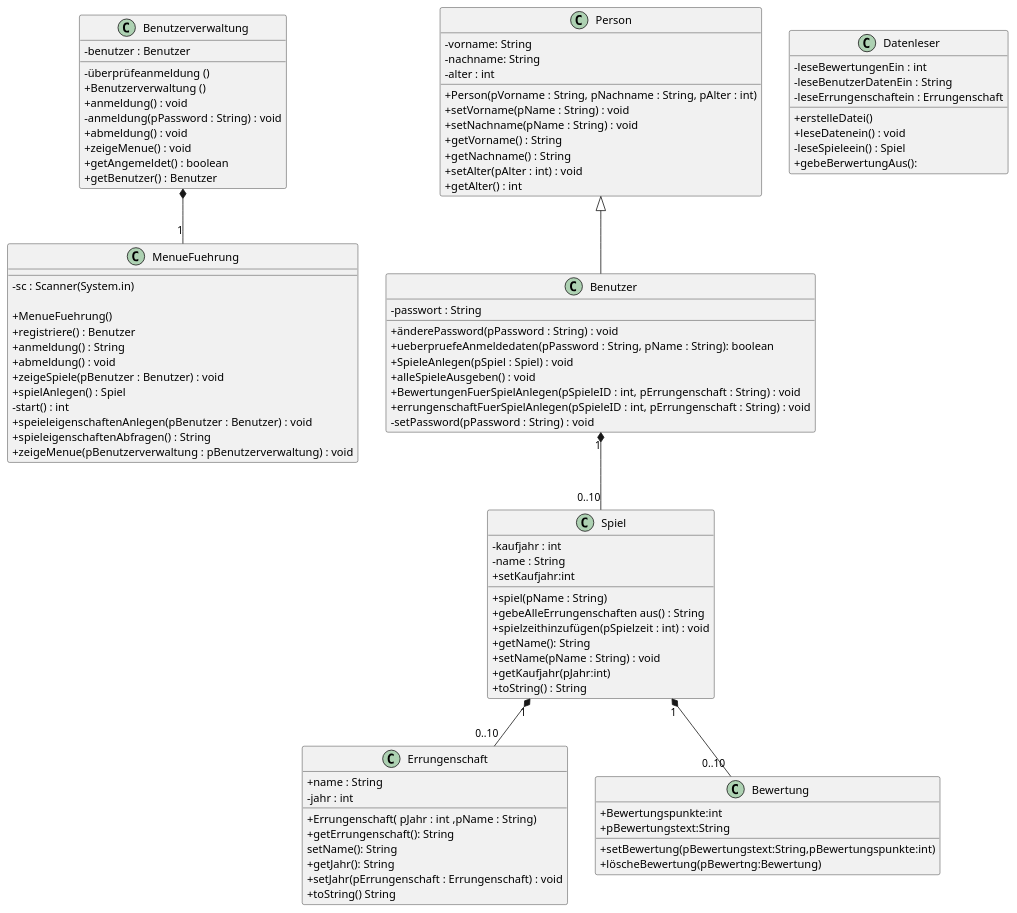
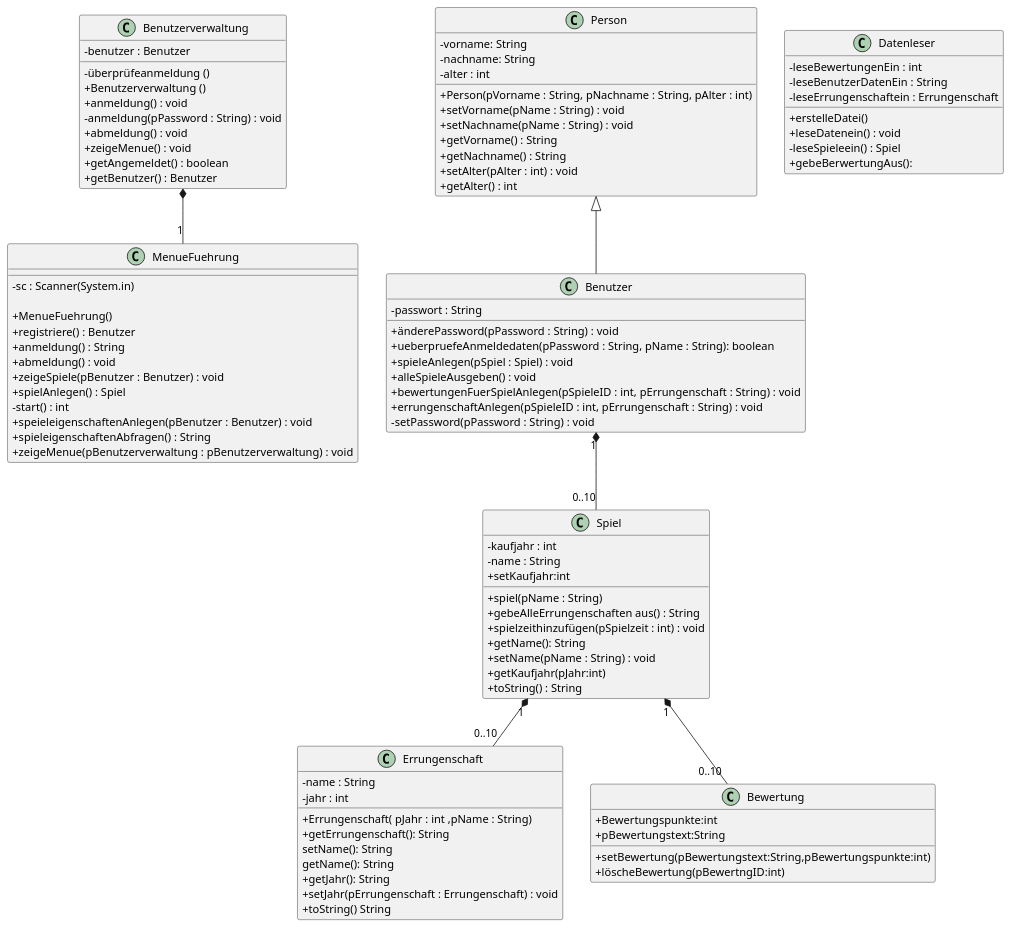
The diagram in Docs/Pflichtenheft/Diagramme/Klassendiagramm.iuml (HEBK-BGM/Verwaltungssoftware_Team_3_TestGIt), drawn with PlantUML before and after one commit. The commit also changed 3 other files, not shown here.

```diff
--- a/Docs/Pflichtenheft/Diagramme/Klassendiagramm.iuml
+++ b/Docs/Pflichtenheft/Diagramme/Klassendiagramm.iuml
@@ -1,112 +1,113 @@
 @startuml
 skinparam classAttributeIconSize 0
 
 class Benutzerverwaltung{
  -benutzer : Benutzer
  -überprüfeanmeldung ()
  + Benutzerverwaltung ()
  + anmeldung() : void
  - anmeldung(pPassword : String) : void
  + abmeldung() : void
  + zeigeMenue() : void
  + getAngemeldet() : boolean
  + getBenutzer() : Benutzer
 }
 
 
 
 class MenueFuehrung{
  - sc : Scanner(System.in)
 
  +MenueFuehrung()
  +registriere() : Benutzer
  + anmeldung() : String
  + abmeldung() : void
  + zeigeSpiele(pBenutzer : Benutzer) : void
  + spielAnlegen() : Spiel
  - start() : int
  + speieleigenschaftenAnlegen(pBenutzer : Benutzer) : void
  + spieleigenschaftenAbfragen() : String
  + zeigeMenue(pBenutzerverwaltung : pBenutzerverwaltung) : void
  
  }
 
 class Person{
  -vorname: String
  -nachname: String
  -alter : int
  + Person(pVorname : String, pNachname : String, pAlter : int)
  +setVorname(pName : String) : void
  +setNachname(pName : String) : void
  +getVorname() : String
  +getNachname() : String
  +setAlter(pAlter : int) : void
  +getAlter() : int
 }
 
 
 
 class Spiel{
  -kaufjahr : int 
  -name : String
  +spiel(pName : String)
  +gebeAlleErrungenschaften aus() : String
  +spielzeithinzufügen(pSpielzeit : int) : void
  +getName(): String
  +setName(pName : String) : void
  +setKaufjahr:int
  +getKaufjahr(pJahr:int)
  +toString() : String
 }
 
 class Errungenschaft{
- +name : String
+ -name : String
  -jahr : int
  +Errungenschaft( pJahr : int ,pName : String)
  +getErrungenschaft(): String
  setName(): String
+ getName(): String 
  +getJahr(): String
  +setJahr(pErrungenschaft : Errungenschaft) : void
  +toString() String
 }
 
 
 
 
 class Benutzer{
   -passwort : String
   +änderePassword(pPassword : String) : void
   +ueberpruefeAnmeldedaten(pPassword : String, pName : String): boolean
-  + SpieleAnlegen(pSpiel : Spiel) : void
+  + spieleAnlegen(pSpiel : Spiel) : void
   +alleSpieleAusgeben() : void
-  +BewertungenFuerSpielAnlegen(pSpieleID : int, pErrungenschaft : String) : void
-   +errungenschaftFuerSpielAnlegen(pSpieleID : int, pErrungenschaft : String) : void
+  +bewertungenFuerSpielAnlegen(pSpieleID : int, pErrungenschaft : String) : void
+   +errungenschaftAnlegen(pSpieleID : int, pErrungenschaft : String) : void
   -setPassword(pPassword : String) : void
 }
 
 class Datenleser{
   +erstelleDatei()
   +leseDatenein() : void 
   -leseBewertungenEin : int
   -leseBenutzerDatenEin : String
   -leseErrungenschaftein : Errungenschaft
   -leseSpieleein() : Spiel
   +gebeBerwertungAus(): 
   }
 
 class Bewertung{
   +Bewertungspunkte:int
   +pBewertungstext:String
   +setBewertung(pBewertungstext:String,pBewertungspunkte:int)
-  +löscheBewertung(pBewertng:Bewertung)
+  +löscheBewertung(pBewertngID:int)
 
 }
 
 
 Spiel "1" *-- "0..10" Errungenschaft
 Spiel "1" *-- "0..10" Bewertung
 Benutzerverwaltung  *-- "1" MenueFuehrung
 Benutzer "1" *-- "0..10" Spiel
 Person <|-- Benutzer
 
 @enduml
```
